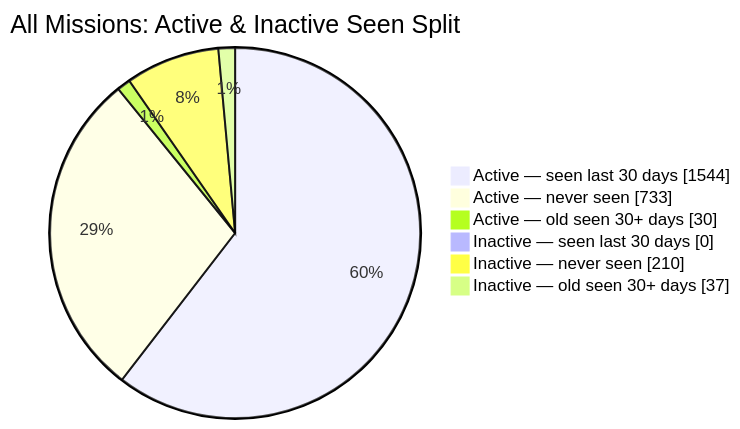
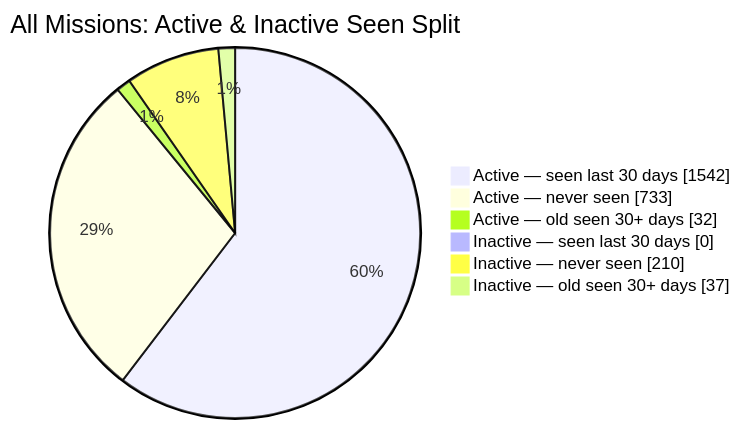
The second of 2 diagrams in README.md (MeldkamerspelGameTeam/active-missions), drawn with Mermaid before and after one commit. The commit also changed other lines of this file and 2 other files, not shown here.

````diff
--- a/README.md
+++ b/README.md
@@ -44,10 +44,10 @@
 ```mermaid
 pie showData
     title All Missions: Active & Inactive Seen Split
-    "Active — seen last 30 days" : 1544
+    "Active — seen last 30 days" : 1542
     "Active — never seen" : 733
-    "Active — old seen 30+ days" : 30
+    "Active — old seen 30+ days" : 32
     "Inactive — seen last 30 days" : 0
     "Inactive — never seen" : 210
     "Inactive — old seen 30+ days" : 37
 ```
````
